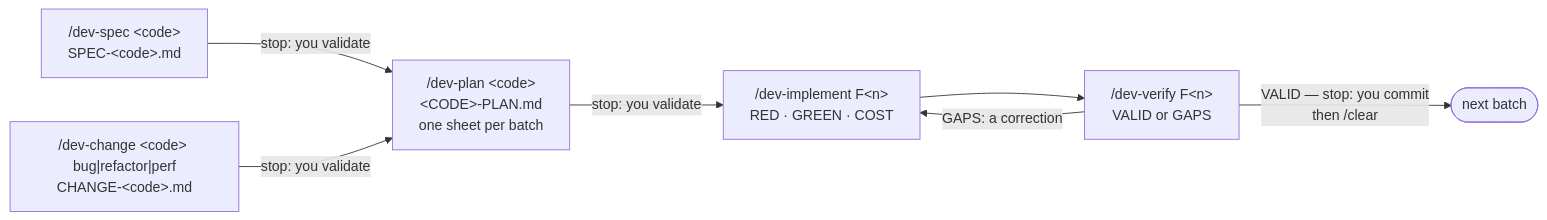
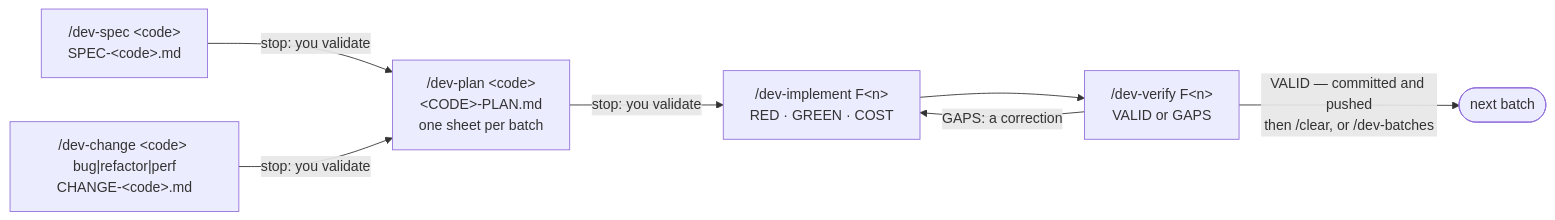
The diagram in docs/workflows/develop.md (Orkeon/orkeon-workshop), drawn with Mermaid before and after one commit. The commit also changed other lines of this file and 168 other files, not shown here.

First line of the commit message:
Lot 14: batches in independent agents (D70), commit and push by the harness (D71), and the workshop migrated to Orkeon main ad6dc63

````diff
--- a/docs/workflows/develop.md
+++ b/docs/workflows/develop.md
@@ -14,9 +14,9 @@
 ```mermaid
 flowchart LR
     s["/dev-spec &lt;code&gt;<br/>SPEC-&lt;code&gt;.md"] -->|"stop: you validate"| p["/dev-plan &lt;code&gt;<br/>&lt;CODE&gt;-PLAN.md<br/>one sheet per batch"]
     c["/dev-change &lt;code&gt; bug|refactor|perf<br/>CHANGE-&lt;code&gt;.md"] -->|"stop: you validate"| p
     p -->|"stop: you validate"| b["/dev-implement F&lt;n&gt;<br/>RED · GREEN · COST"]
     b --> v["/dev-verify F&lt;n&gt;<br/>VALID or GAPS"]
     v -->|"GAPS: a correction"| b
-    v -->|"VALID — stop: you commit<br/>then /clear"| n(["next batch"])
+    v -->|"VALID — committed and pushed<br/>then /clear, or /dev-batches"| n(["next batch"])
 ```
````
